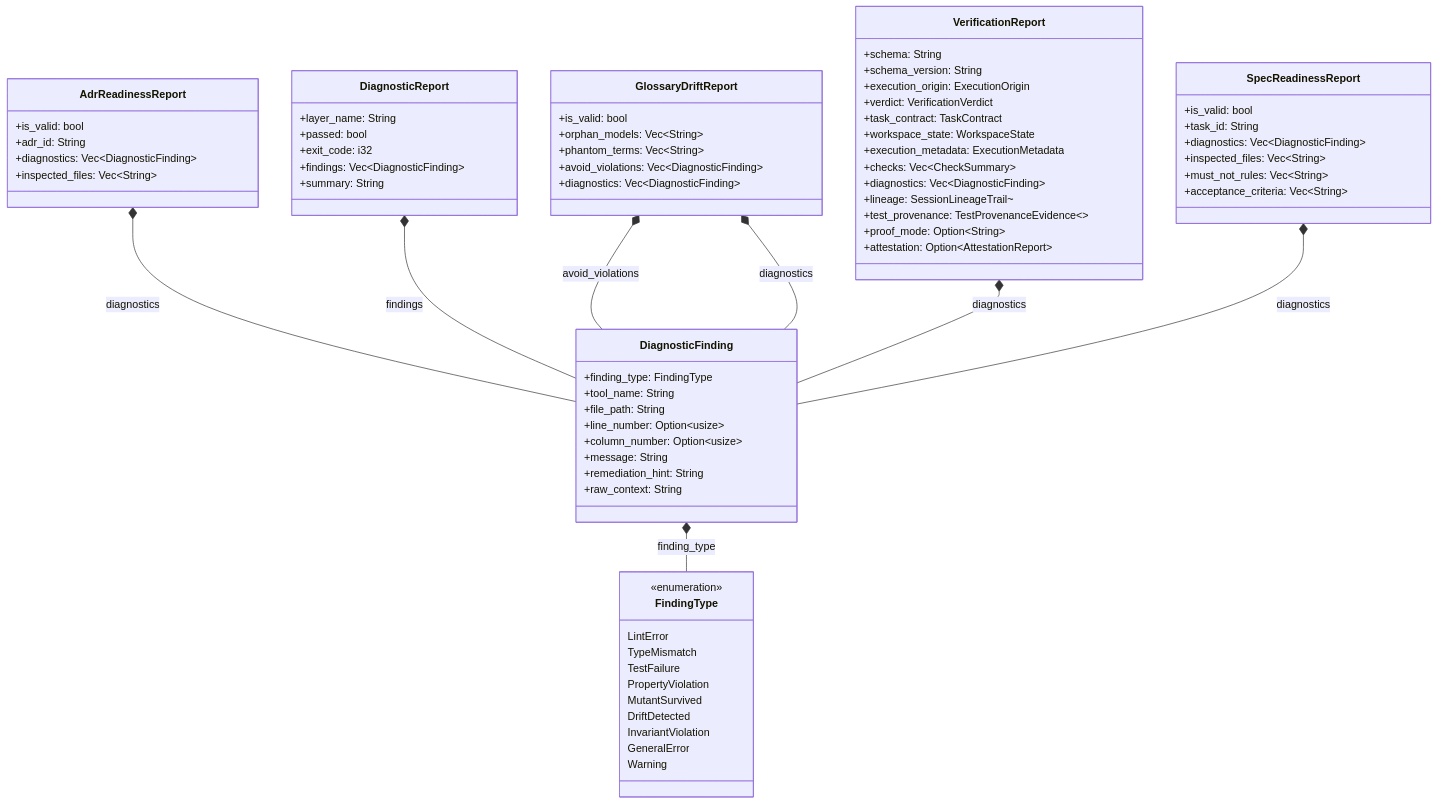
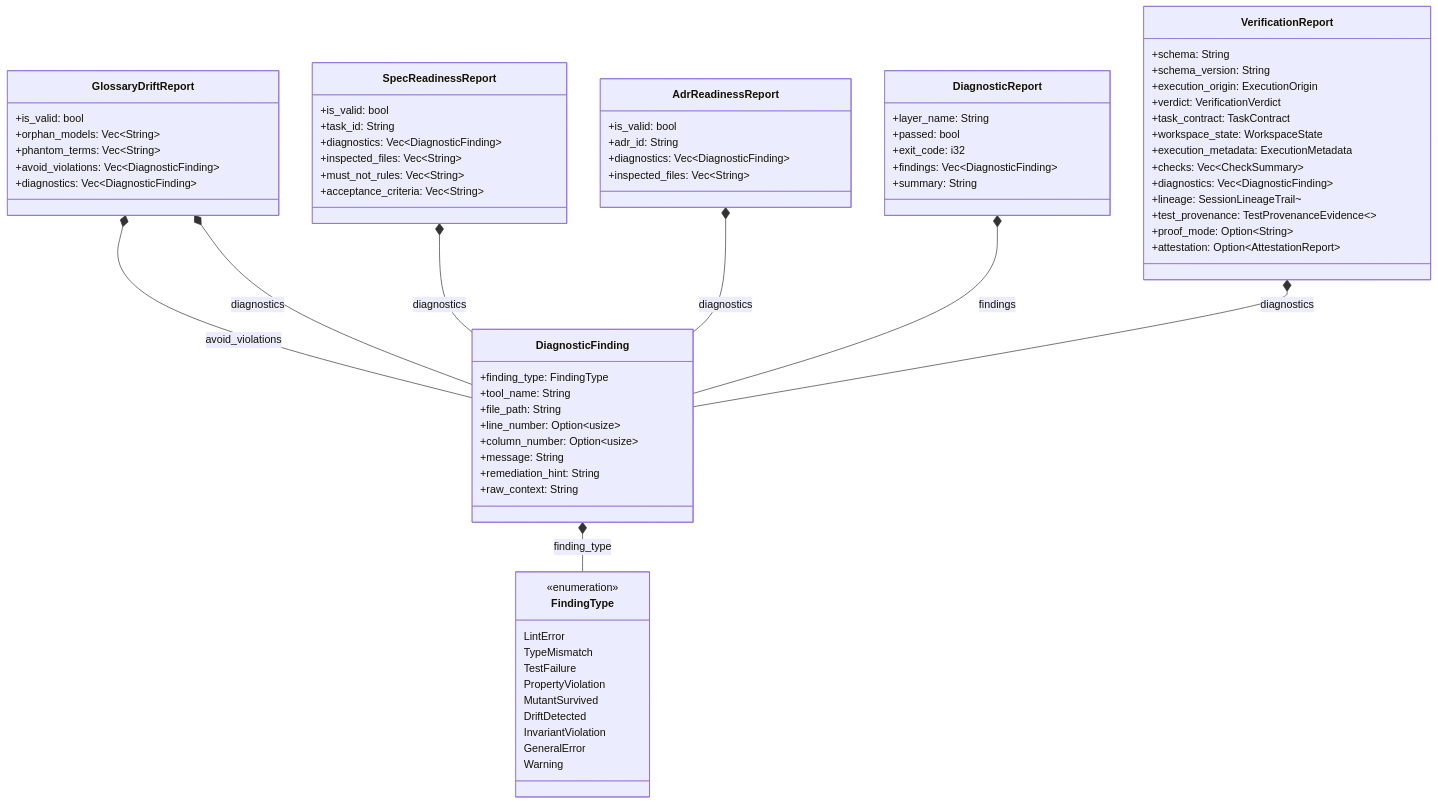
The diagram in docs/architecture/diagnostics.md (rolfmadsen/xgauntlet), drawn with Mermaid before and after one commit. The commit also changed other lines of this file and 20 other files, not shown here.

````diff
--- a/docs/architecture/diagnostics.md
+++ b/docs/architecture/diagnostics.md
@@ -84,11 +84,11 @@
         +attestation: Option~AttestationReport~
     }
 
+    GlossaryDriftReport *-- DiagnosticFinding : avoid_violations
+    GlossaryDriftReport *-- DiagnosticFinding : diagnostics
+    SpecReadinessReport *-- DiagnosticFinding : diagnostics
     AdrReadinessReport *-- DiagnosticFinding : diagnostics
     DiagnosticReport *-- DiagnosticFinding : findings
-    GlossaryDriftReport *-- DiagnosticFinding : avoid_violations
-    GlossaryDriftReport *-- DiagnosticFinding : diagnostics
+    DiagnosticFinding *-- FindingType : finding_type
     VerificationReport *-- DiagnosticFinding : diagnostics
-    DiagnosticFinding *-- FindingType : finding_type
-    SpecReadinessReport *-- DiagnosticFinding : diagnostics
 ```
````
